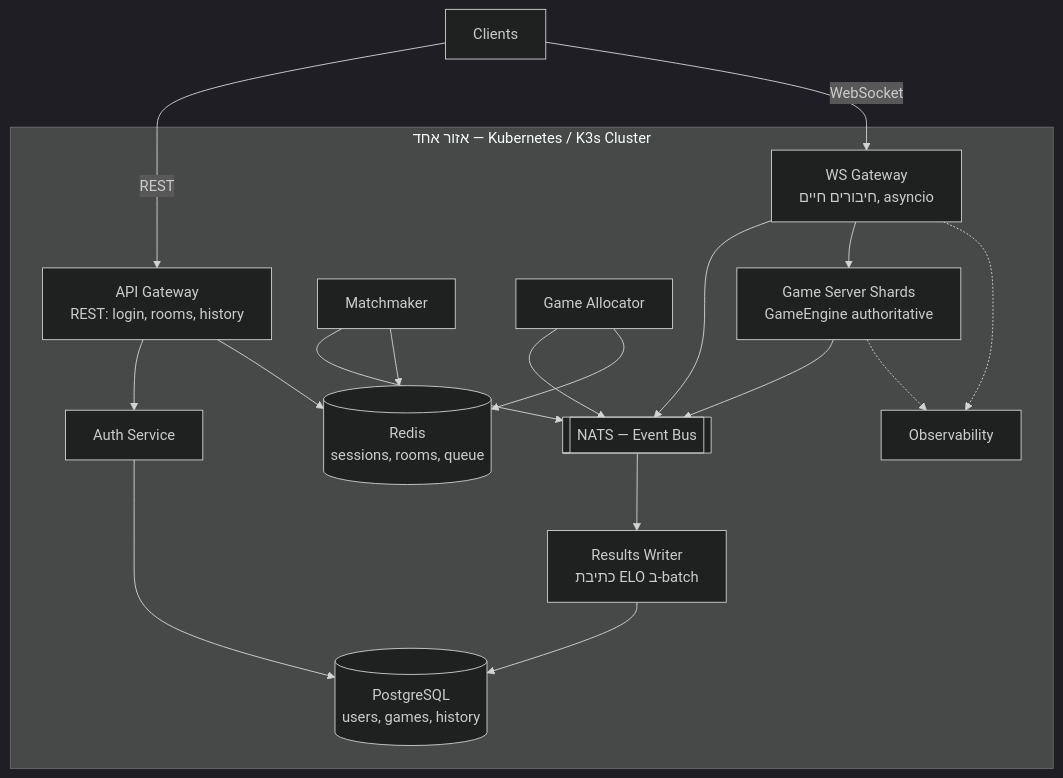
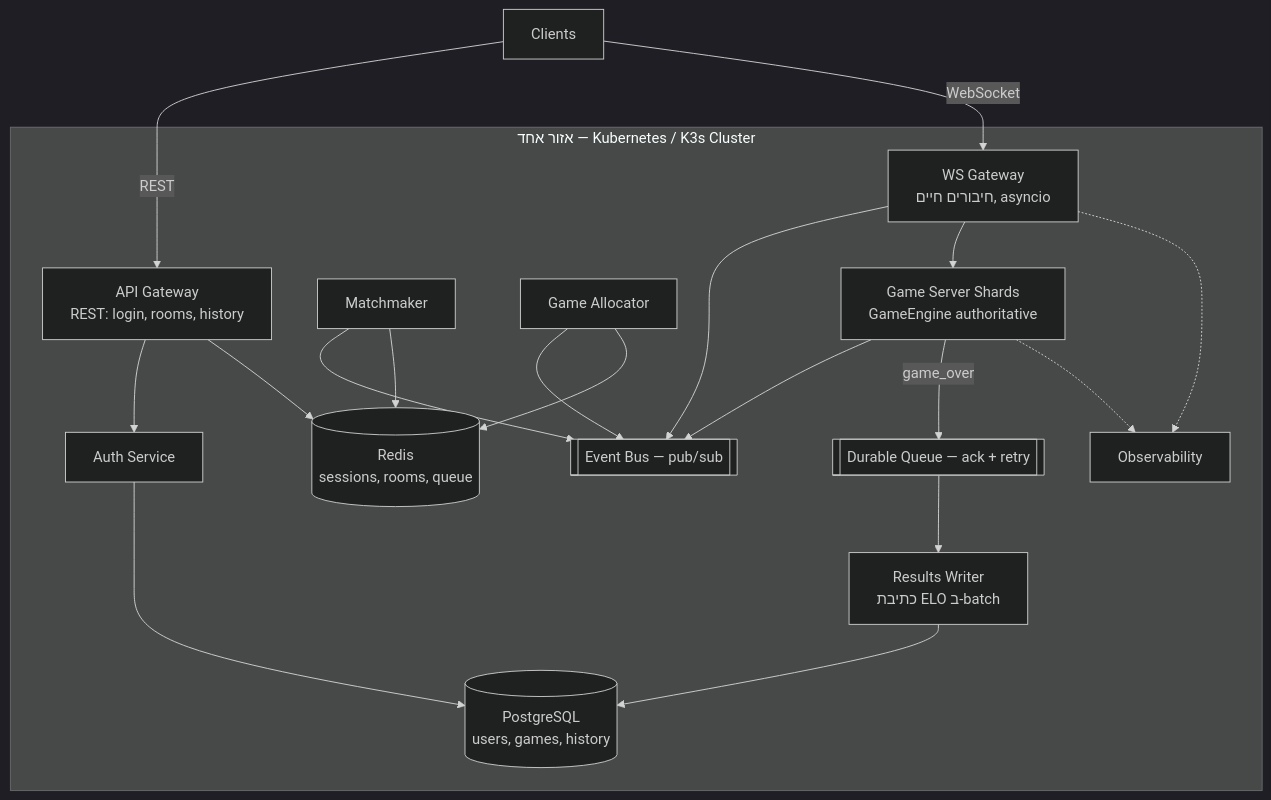
Before and after one commit to lea-zukerman/KF-Chess: the diagram in Server_Design.md, drawn with Mermaid (dark theme). The commit also changed other lines of this file, not shown here.

````diff
--- a/Server_Design.md
+++ b/Server_Design.md
@@ -98,35 +98,37 @@
 ```mermaid
 flowchart TB
     C[Clients]
 
     subgraph region["אזור אחד — Kubernetes / K3s Cluster"]
         API[API Gateway<br/>REST: login, rooms, history]
         WS[WS Gateway<br/>חיבורים חיים, asyncio]
         AUTH[Auth Service]
         MM[Matchmaker]
         ALLOC[Game Allocator]
-        BUS[[NATS — Event Bus]]
+        BUS[[Event Bus — pub/sub]]
+        MQ[[Durable Queue — ack + retry]]
         SHARDS[Game Server Shards<br/>GameEngine authoritative]
         RW[Results Writer<br/>כתיבת ELO ב-batch]
         PG[(PostgreSQL<br/>users, games, history)]
         RD[(Redis<br/>sessions, rooms, queue)]
         OBS[Observability]
     end
 
     C -->|REST| API
     C -->|WebSocket| WS
     API --> AUTH
     AUTH --> PG
     API --> RD
     WS --> BUS
     MM --> BUS
     ALLOC --> BUS
     SHARDS --> BUS
-    BUS --> RW
+    SHARDS -->|game_over| MQ
+    MQ --> RW
     RW --> PG
     MM --> RD
     ALLOC --> RD
     WS --> SHARDS
     SHARDS -.-> OBS
     WS -.-> OBS
 ```
````
